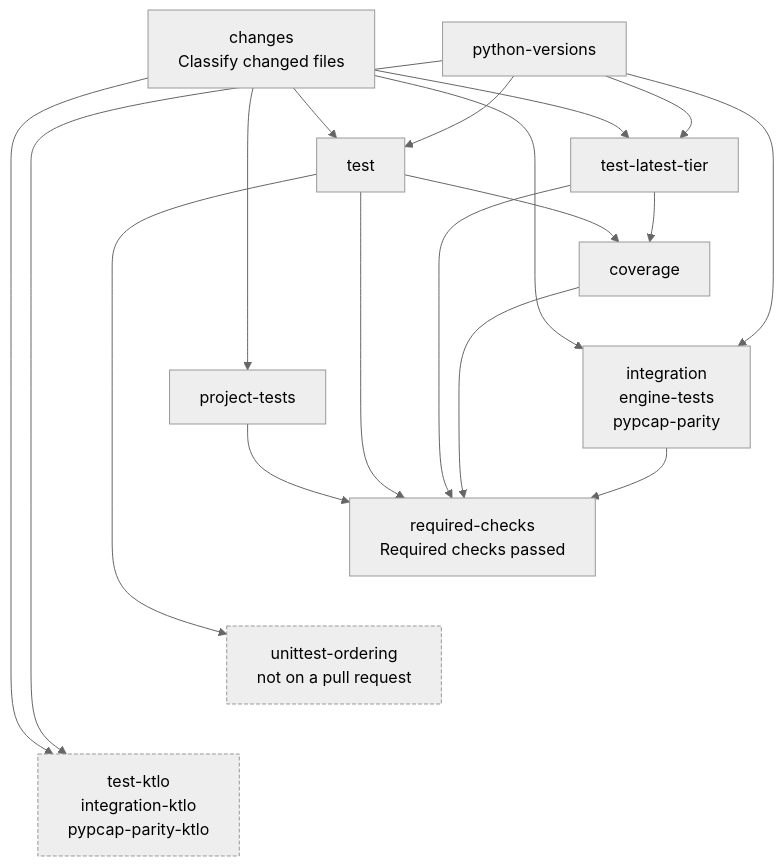
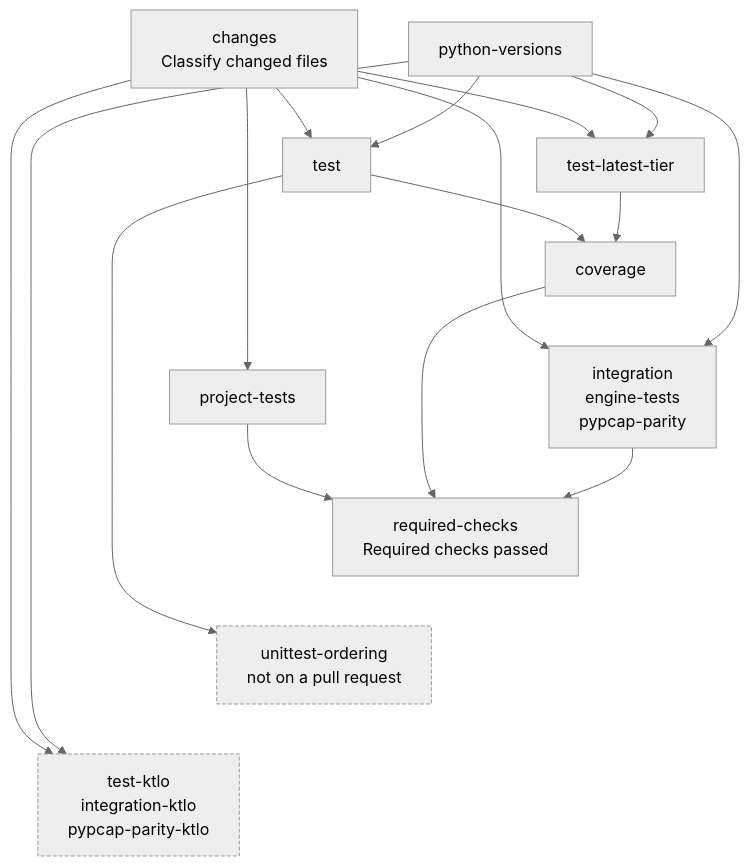
Before and after one commit to JarryShaw/PyPCAPKit: the fourth of 4 diagrams in docs/source/contributing/workflows.rst, drawn with Mermaid (neutral theme). The commit also changed 4 other files, not shown here.

First line of the commit message:
docs: correct three new diagrams and drop a duplicate after review

```diff
--- a/docs/source/contributing/workflows.rst
+++ b/docs/source/contributing/workflows.rst
@@ -1023,27 +1023,25 @@
 .. mermaid::
 
    flowchart TD
        CH["changes<br/>Classify changed files"]
        PV["python-versions"]
        CH --> PT["project-tests"]
        CH --> T["test"]
        PV --> T
        CH --> TL["test-latest-tier"]
        PV --> TL
        CH --> IEP["integration<br/>engine-tests<br/>pypcap-parity"]
        PV --> IEP
        T --> COV["coverage"]
        TL --> COV
        COV ~~~ IEP
        PT --> RC["required-checks<br/>Required checks passed"]
-       T --> RC
-       TL --> RC
        COV --> RC
        IEP --> RC
        T --> UO["unittest-ordering<br/>not on a pull request"]
        CH --> K["test-ktlo<br/>integration-ktlo<br/>pypcap-parity-ktlo"]
        PV --> K
        RC ~~~ UO
        UO ~~~ K
        classDef off stroke-dasharray:4 2
        class K,UO off
```
